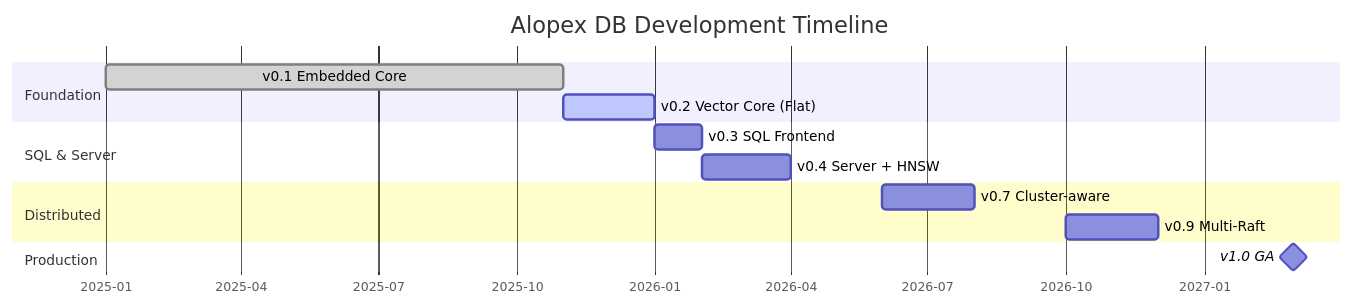
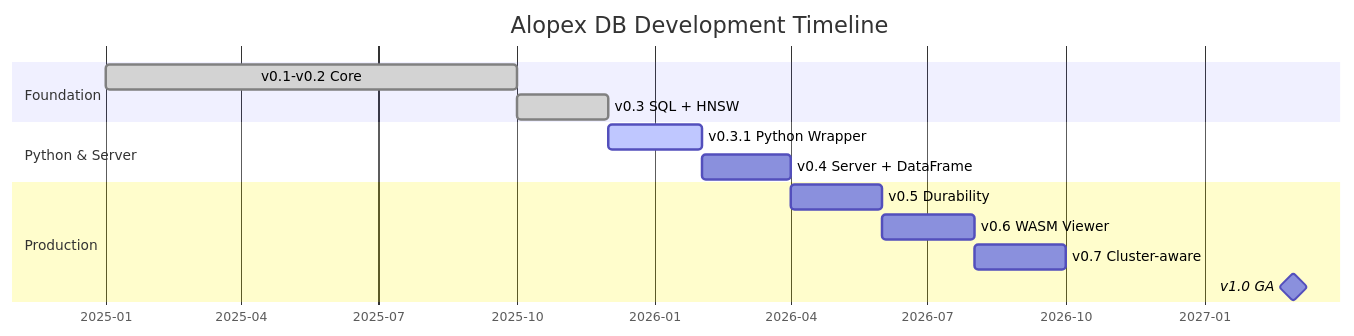
One commit to alopex-db/alopex-db.github.io changed the diagram in docs/index.md. Above: the diagram before and after it, drawn with Mermaid. The commit also changed other lines of this file and 9 other files, not shown here.

First line of the commit message:
Update roadmap and documentation for Alopex DB v0.3 release

````diff
--- a/docs/index.md
+++ b/docs/index.md
@@ -173,21 +194,20 @@
 ```mermaid
 gantt
     title Alopex DB Development Timeline
     dateFormat  YYYY-MM
     axisFormat  %Y-%m
 
     section Foundation
-    v0.1 Embedded Core       :done, 2025-01, 2025-11
-    v0.2 Vector Core (Flat)  :active, 2025-11, 2026-01
+    v0.1-v0.2 Core          :done, 2025-01, 2025-10
+    v0.3 SQL + HNSW         :done, 2025-10, 2025-12
 
-    section SQL & Server
-    v0.3 SQL Frontend        :2026-01, 2026-02
-    v0.4 Server + HNSW       :2026-02, 2026-04
-
-    section Distributed
-    v0.7 Cluster-aware       :2026-06, 2026-08
-    v0.9 Multi-Raft          :2026-10, 2026-12
+    section Python & Server
+    v0.3.1 Python Wrapper   :active, 2025-12, 2026-02
+    v0.4 Server + DataFrame :2026-02, 2026-04
 
     section Production
-    v1.0 GA                  :milestone, 2027-03, 0d
+    v0.5 Durability         :2026-04, 2026-06
+    v0.6 WASM Viewer        :2026-06, 2026-08
+    v0.7 Cluster-aware      :2026-08, 2026-10
+    v1.0 GA                 :milestone, 2027-03, 0d
 ```
````
